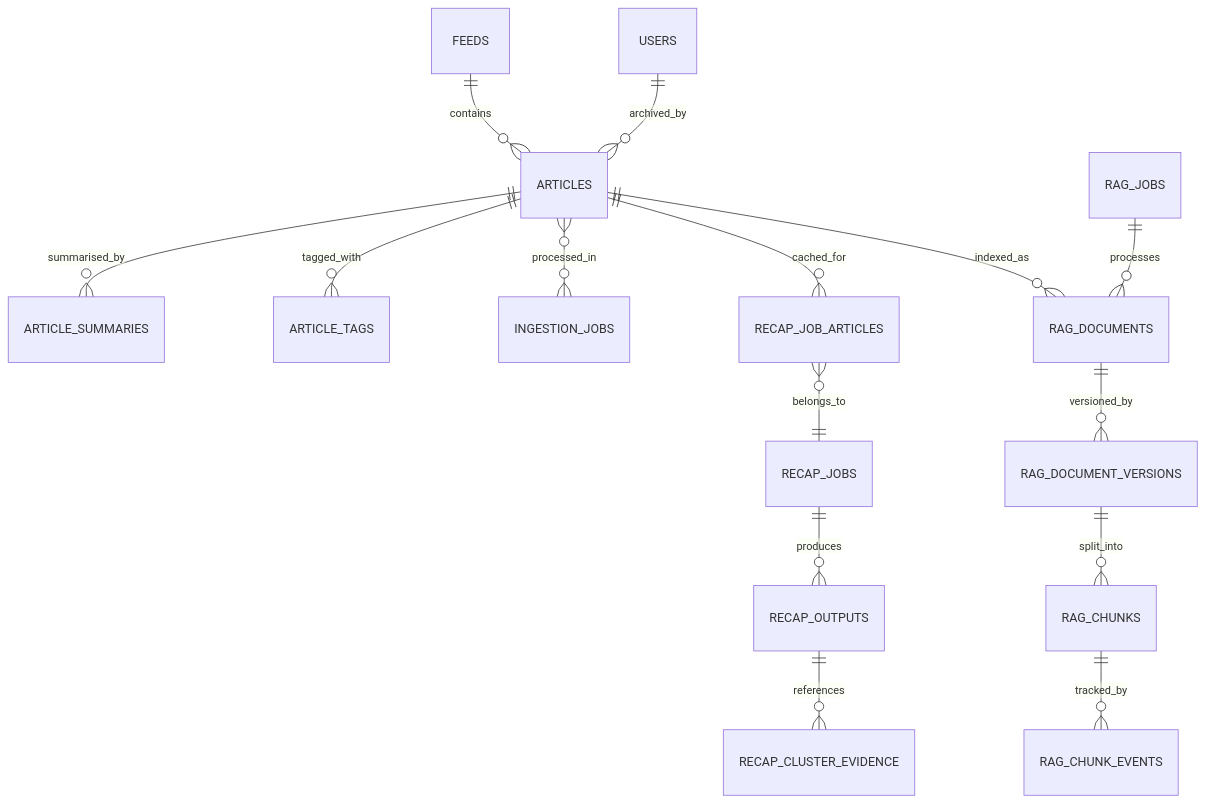
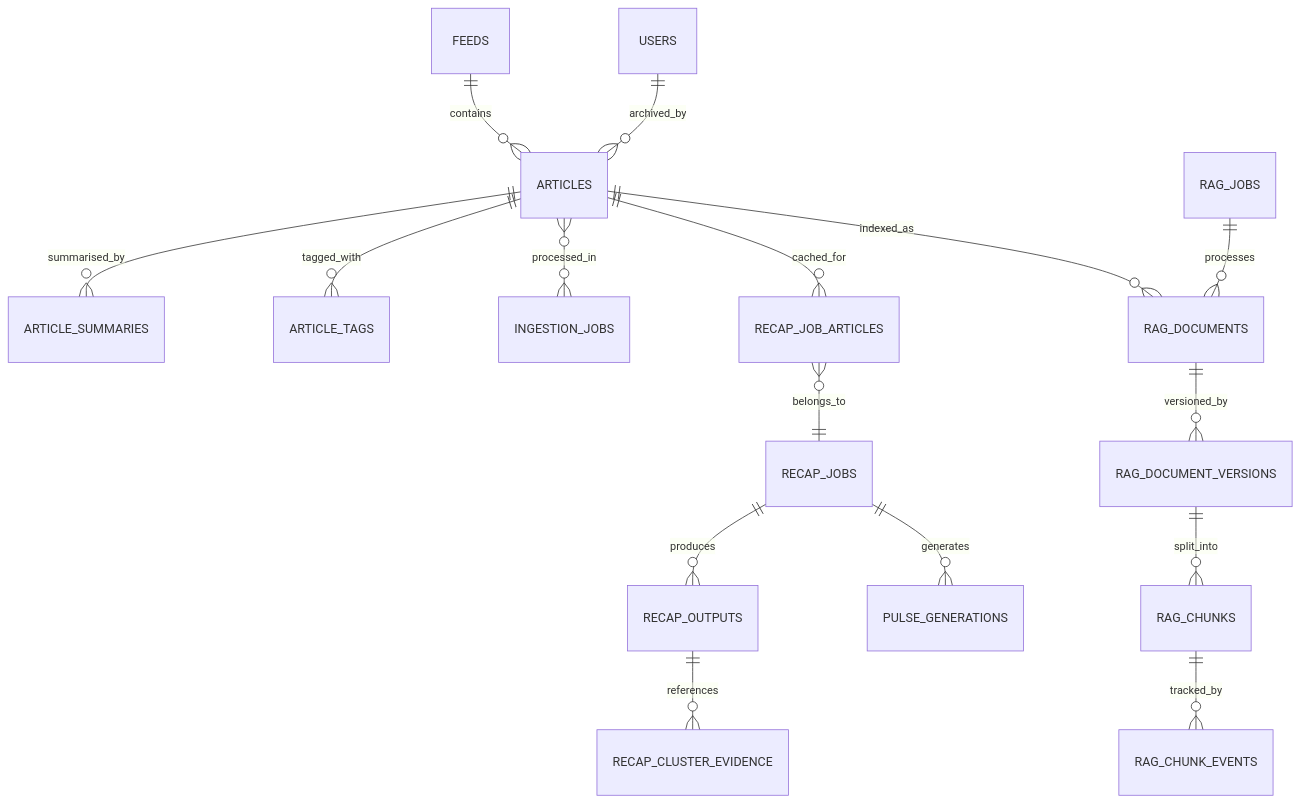
One commit to Kaikei-e/Alt changed diagram 12 of 12 in README.md. Above: the diagram before and after it, drawn with Mermaid. The commit also changed other lines of this file, not shown here.

````diff
--- a/README.md
+++ b/README.md
@@ -851,18 +917,19 @@
 ```mermaid
 erDiagram
     FEEDS ||--o{ ARTICLES : contains
     ARTICLES ||--o{ ARTICLE_SUMMARIES : summarised_by
     ARTICLES ||--o{ ARTICLE_TAGS : tagged_with
     ARTICLES }o--o{ INGESTION_JOBS : processed_in
     USERS ||--o{ ARTICLES : archived_by
     ARTICLES ||--o{ RECAP_JOB_ARTICLES : cached_for
     RECAP_JOB_ARTICLES }o--|| RECAP_JOBS : belongs_to
     RECAP_JOBS ||--o{ RECAP_OUTPUTS : produces
     RECAP_OUTPUTS ||--o{ RECAP_CLUSTER_EVIDENCE : references
+    RECAP_JOBS ||--o{ PULSE_GENERATIONS : generates
 
     ARTICLES ||--o{ RAG_DOCUMENTS : indexed_as
     RAG_DOCUMENTS ||--o{ RAG_DOCUMENT_VERSIONS : versioned_by
     RAG_DOCUMENT_VERSIONS ||--o{ RAG_CHUNKS : split_into
     RAG_CHUNKS ||--o{ RAG_CHUNK_EVENTS : tracked_by
     RAG_JOBS ||--o{ RAG_DOCUMENTS : processes
 ```
````
